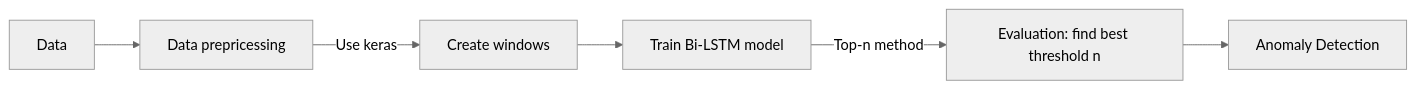
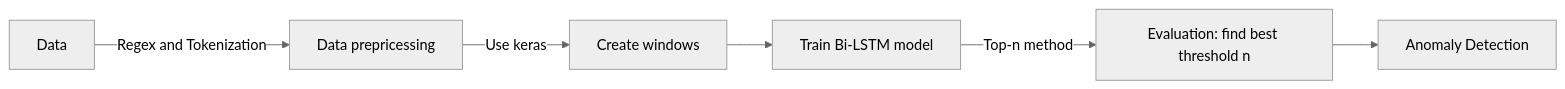
The diagram in Bi-LSTM/README.md (weiwu-o/Master-thesis-project), drawn with Mermaid (neutral theme) before and after one commit.

````diff
--- a/Bi-LSTM/README.md
+++ b/Bi-LSTM/README.md
@@ -1,13 +1,13 @@
 ```mermaid
 graph LR
-   A[Data] --> B[Data prepricessing]
+   A[Data] -- Regex and Tokenization--> B[Data prepricessing]
 
    
    B -- Use keras-->D[Create windows]
    D -->DD[Train Bi-LSTM model]
    DD -- Top-n method -->DDD[Evaluation: find best threshold n]
    DDD --> DDDD[Anomaly Detection]
    
    
 
 ``` 
````
